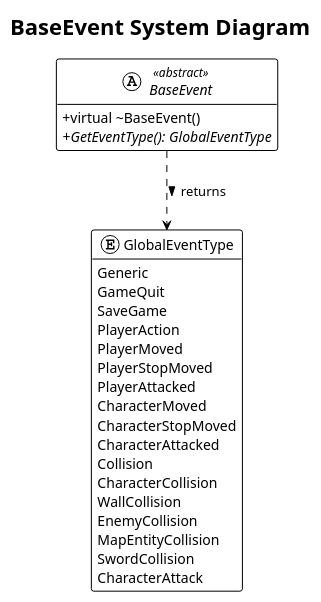
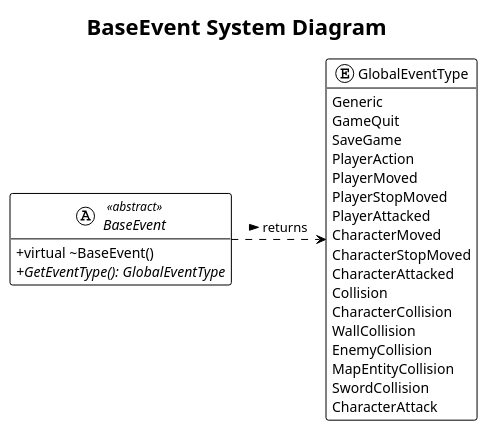
The diagram in uml/Event/BaseEvent.puml (NgTHung/ClashOfNotelek_s), drawn with PlantUML before and after one commit. The commit also changed 21 other files, not shown here.

Commit message:
[Update] final UML

```diff
--- a/uml/Event/BaseEvent.puml
+++ b/uml/Event/BaseEvent.puml
@@ -1,42 +1,42 @@
 @startuml
 !theme plain
 title BaseEvent System Diagram
 
 ' Settings for better readability
 skinparam classAttributeIconSize 0
 hide empty members
 
 ' --- The Enumeration for Event Types ---
 enum GlobalEventType {
     Generic
     GameQuit
     SaveGame
     PlayerAction
     PlayerMoved
     PlayerStopMoved
     PlayerAttacked
     CharacterMoved
     CharacterStopMoved
     CharacterAttacked
     Collision
     CharacterCollision
     WallCollision
     EnemyCollision
     MapEntityCollision
     SwordCollision
     CharacterAttack
 }
 
 ' --- The Abstract Base Class for all Events ---
 abstract class BaseEvent <<abstract>> {
     + virtual ~BaseEvent()
     + {abstract} GetEventType(): GlobalEventType
 }
 
 ' --- RELATIONSHIPS ---
 
 ' ==> Dependency (Uses-A relationship)
 ' The BaseEvent interface is defined in terms of GlobalEventType.
-BaseEvent ..> GlobalEventType : returns >
+BaseEvent .r.> GlobalEventType : returns >
 
 @enduml
```
